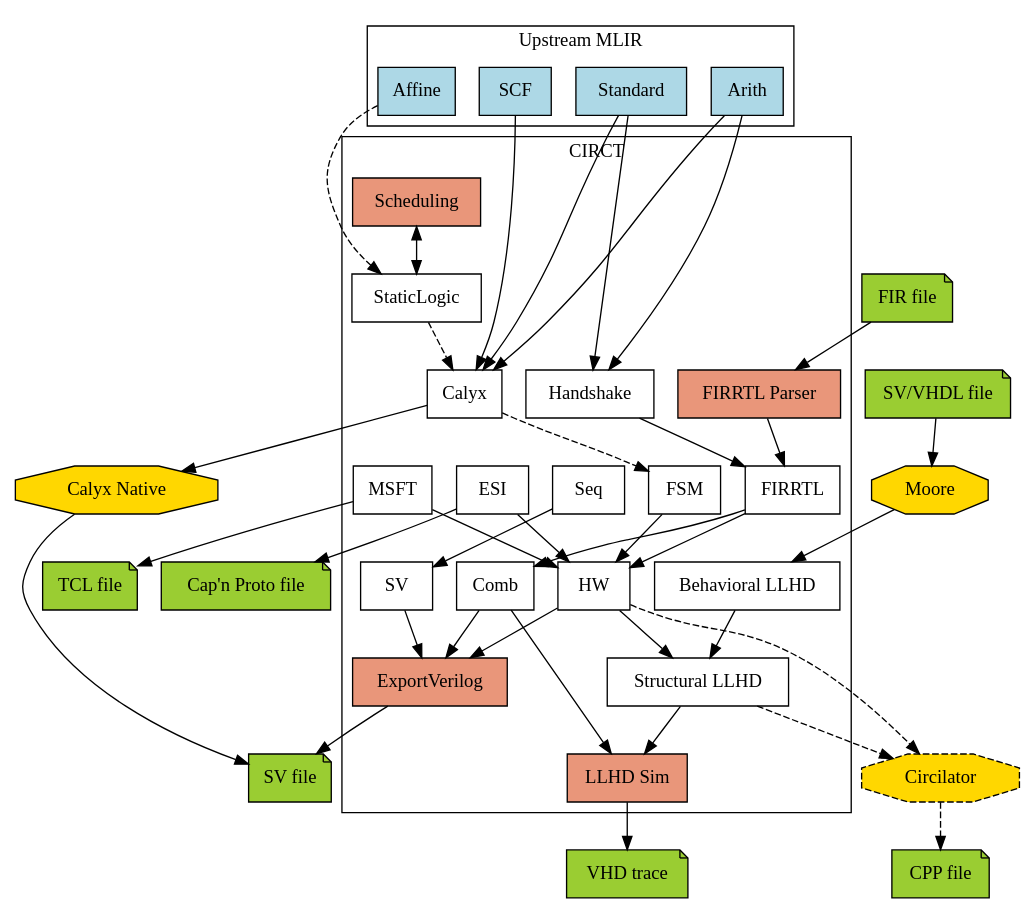
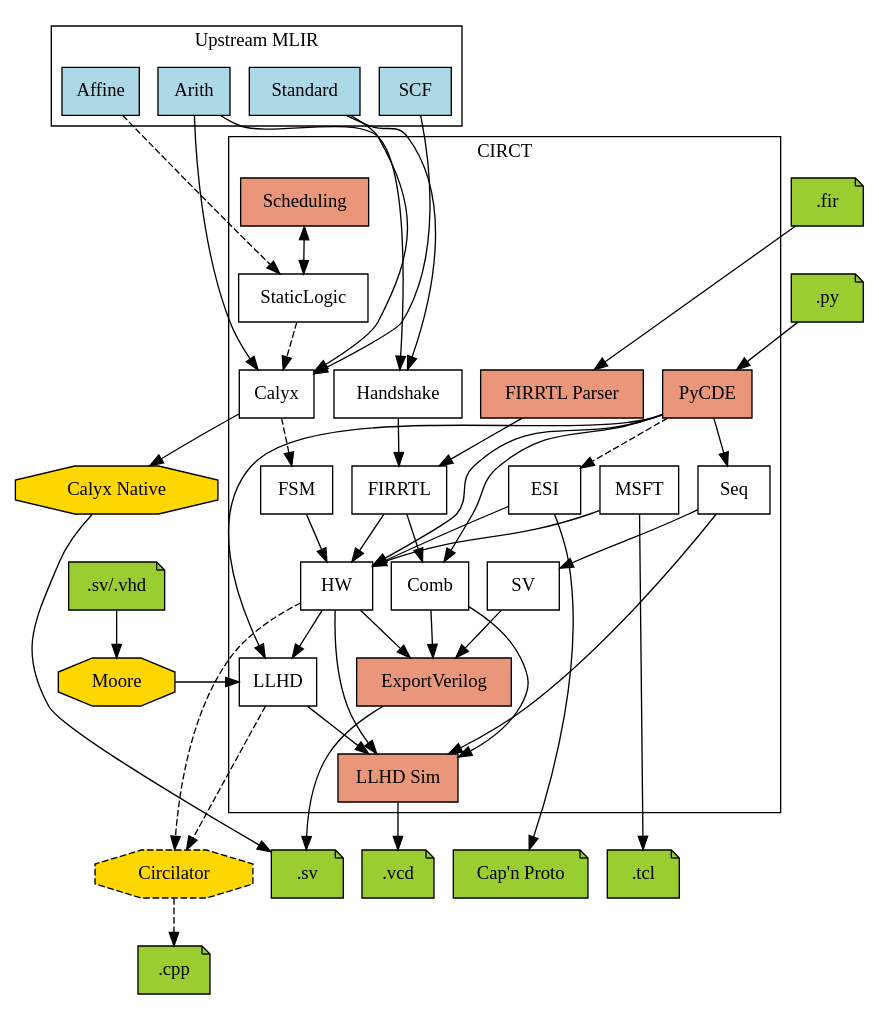
One commit to llvm/circt changed the diagram in docs/dialects.dot. Above: the diagram before and after it, drawn with Graphviz. The commit also changed 2 other files, not shown here.

```diff
--- a/docs/dialects.dot
+++ b/docs/dialects.dot
@@ -1,103 +1,123 @@
 Digraph G {
+  // Note: Remember to run the circt/utils/update-docs-dialects.sh script after
+  // modifying this file to regenerate the .svg and .png renders of the graph.
   rankdir = TB
   splines=spline;
   node [shape=box style=filled fillcolor="white"]
-  compound=true
-
+  nodesep=0.2 // horizontal compression
+  ranksep=0.5 // vertical compression
   
   // MLIR dialects
   subgraph cluster_mlir {
     label = "Upstream MLIR";
     SCF [fillcolor="lightblue"]
     Standard [fillcolor="lightblue"]
     Arith [fillcolor="lightblue"]
     Affine [fillcolor="lightblue"]
   }
 
   // ===== Nodes =====
 
   subgraph cluster_circt {
     label = "CIRCT"
-    // CIRCT dialectss
+    // CIRCT dialects
     Calyx
     Handshake
     FIRRTL
-    BLLHD [label="Behavioral LLHD"]
-    SLLHD [label="Structural LLHD"]
+    LLHD
     HW
     SV
     Comb
     Seq
     StaticLogic
     MSFT
     ESI
     FSM
 
     // Internal tools
     ExportVerilog [fillcolor="darksalmon"]
     FIRRTLParser [label="FIRRTL Parser" fillcolor="darksalmon"]
     Scheduling [fillcolor="darksalmon"]
     llhd_sim [label="LLHD Sim" fillcolor="darksalmon"]
+    PyCDE [fillcolor="darksalmon"]
   }
 
   // External tools
   Moore [shape=octagon fillcolor="gold"]
   Circilator [shape=octagon fillcolor="gold" style="dashed,filled"]
   Calyx_native [label="Calyx Native" shape=octagon fillcolor="gold"]
   
   // File formats
-  FIRFile [label="FIR file" fillcolor="yellowgreen" shape=note]
-  SVVHDL [label="SV/VHDL file" fillcolor="yellowgreen" shape=note]
-  VCDTrace [label="VHD trace" fillcolor="yellowgreen" shape=note]
-  CPPFile [label="CPP file" fillcolor="yellowgreen" shape=note]
-  SVFile [label="SV file" fillcolor="yellowgreen" shape=note]
-  CapNProto [label="Cap'n Proto file" fillcolor="yellowgreen" shape=note]
-  TCL [label="TCL file" fillcolor="yellowgreen" shape=note]
+  VCDTrace [label=".vcd" fillcolor="yellowgreen" shape=note]
+  CPPFile [label=".cpp" fillcolor="yellowgreen" shape=note]
+  SVFile [label=".sv" fillcolor="yellowgreen" shape=note]
+  CapNProto [label="Cap'n Proto" fillcolor="yellowgreen" shape=note]
+  TCL [label=".tcl" fillcolor="yellowgreen" shape=note]
+  FIRFile [label=".fir" fillcolor="yellowgreen" shape=note]
+  SVVHDL [label=".sv/.vhd" fillcolor="yellowgreen" shape=note]
+  PyFile [label=".py" fillcolor="yellowgreen" shape=note]
 
   // ===== Connections =====
 
   // Dialect conversions
   SCF -> Calyx
   Affine -> StaticLogic [style=dashed]
   StaticLogic -> Calyx [style=dashed]
   Standard -> Calyx
   Arith -> Calyx
   Standard -> Handshake
   Arith -> Handshake
 
   Handshake -> FIRRTL
-  BLLHD -> SLLHD
   Calyx -> FSM [style=dashed]
   Seq -> SV
   FIRRTL -> HW
   FSM -> HW
   ESI -> HW
   MSFT -> HW
-  HW -> SLLHD 
+  HW -> LLHD 
   FIRRTL->Comb
   Comb -> ExportVerilog
 
   // Tool flows
   Scheduling -> StaticLogic [dir=both]
   FIRFile -> FIRRTLParser
   FIRRTLParser -> FIRRTL
   HW -> ExportVerilog
   SV -> ExportVerilog
-  SVVHDL -> Moore
-  Moore -> BLLHD
-  SLLHD -> Circilator [style=dashed]
+  SVVHDL -> Moore [weight=999]
+  Moore -> LLHD
+  LLHD -> Circilator [style=dashed]
   HW -> Circilator [style=dashed]
   Calyx -> Calyx_native
   ExportVerilog -> SVFile
   Circilator -> CPPFile [style=dashed]
-  SLLHD -> llhd_sim
+  LLHD -> llhd_sim
   Comb -> llhd_sim
+  HW -> llhd_sim
+  Seq -> llhd_sim
   llhd_sim -> VCDTrace
   Calyx_native -> SVFile
   ESI -> CapNProto
   MSFT -> TCL
+  PyFile -> PyCDE
+  PyCDE -> HW
+  PyCDE -> Comb
+  PyCDE -> Seq
+  PyCDE -> LLHD
+  PyCDE -> ESI [style=dashed]
 
   // ====== Some fake edges to coerce a good layout ======
-  Affine -> Scheduling [weight=999 style=invis];
-  ExportVerilog -> SVFile [weight=999 style=invis];
+  // Note: Modify these if you make changes to the above diagram, and things
+  // start looking weird.
+   Standard -> Scheduling [weight=999 style=invis]
+   FIRFile -> PyFile [weight=999 style=invis]
+   Calyx -> Calyx_native [weight=999 style=invis]
+   Calyx_native -> SVVHDL [weight=999 style=invis]
+
+   // Fix the following sink nodes below the CIRCT cluster
+   llhd_sim -> SVFile [weight=999 style=invis]
+   llhd_sim -> Circilator [weight=999 style=invis]
+   llhd_sim -> TCL [weight=999 style=invis]
+   llhd_sim -> CapNProto [weight=999 style=invis]
 }
```
